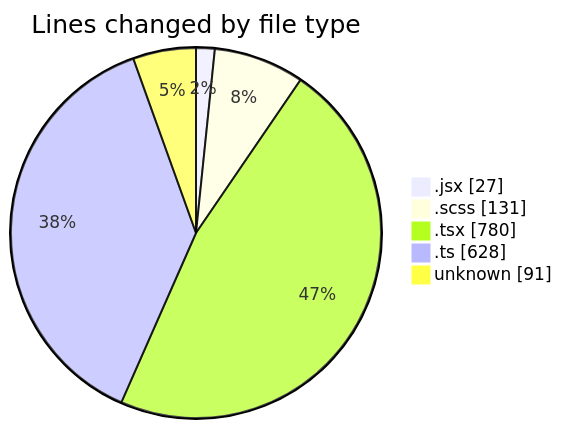
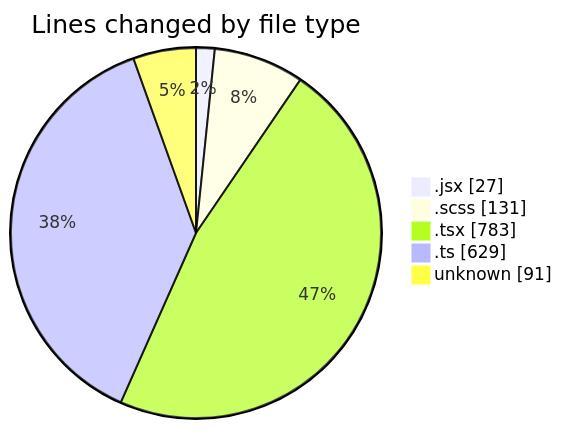
The first of 2 diagrams in 2026-03-16/cda/README.md (momahboobian/code-tracking), drawn with Mermaid before and after one commit. The commit also changed other lines of this file and 1 other file, not shown here.

````diff
--- a/2026-03-16/cda/README.md
+++ b/2026-03-16/cda/README.md
@@ -31,9 +31,9 @@
 ```mermaid
 pie showData
 title Lines changed by file type
 ".jsx" : 27
 ".scss" : 131
-".tsx" : 780
-".ts" : 628
+".tsx" : 783
+".ts" : 629
 "unknown" : 91
 ```
````
